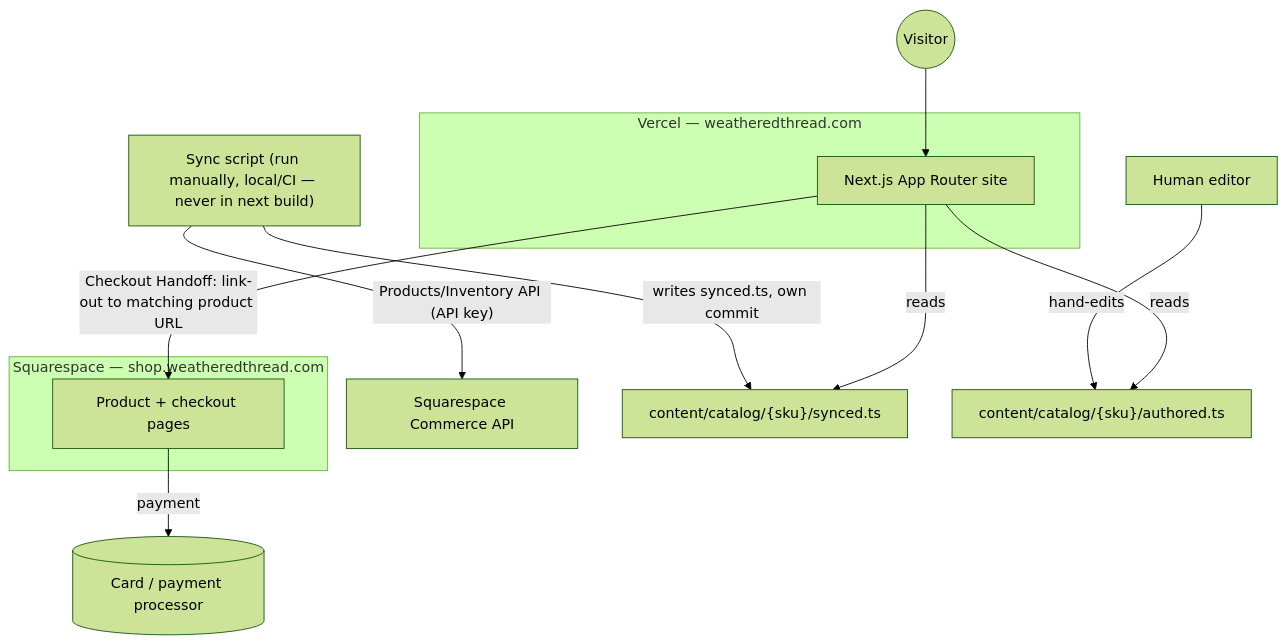
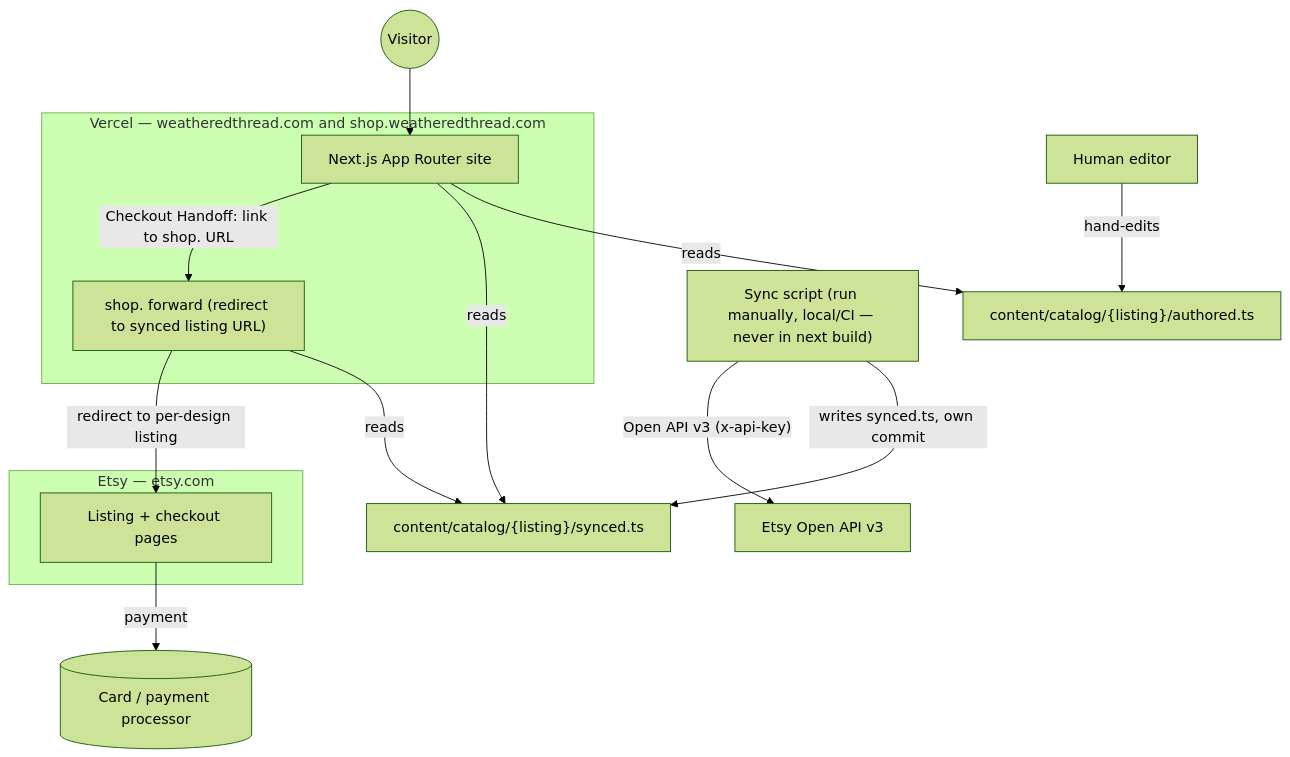
Before and after one commit to aramell/weathered-thread: the second of 2 diagrams in _bmad-output/planning-artifacts/architecture/architecture-weathered-thread-2026-09-14/ARCHITECTURE-SPINE.md, drawn with Mermaid (forest theme). The commit also changed other lines of this file and 12 other files, not shown here.

First line of the commit message:
Pivot commerce docs from Squarespace to Etsy

````diff
--- a/_bmad-output/planning-artifacts/architecture/architecture-weathered-thread-2026-09-14/ARCHITECTURE-SPINE.md
+++ b/_bmad-output/planning-artifacts/architecture/architecture-weathered-thread-2026-09-14/ARCHITECTURE-SPINE.md
@@ -109,18 +109,21 @@
 ```mermaid
 flowchart TB
-  subgraph Vercel["Vercel — weatheredthread.com"]
+  subgraph Vercel["Vercel — weatheredthread.com and shop.weatheredthread.com"]
     App[Next.js App Router site]
+    Forward["shop. forward (redirect to synced listing URL)"]
   end
-  subgraph SS["Squarespace — shop.weatheredthread.com"]
-    Store[Product + checkout pages]
+  subgraph Etsy["Etsy — etsy.com"]
+    Store[Listing + checkout pages]
   end
   Visitor((Visitor)) --> App
-  App -- "Checkout Handoff: link-out to matching product URL" --> Store
+  App -- "Checkout Handoff: link to shop. URL" --> Forward
+  Forward -- "redirect to per-design listing" --> Store
   Store -- payment --> Payment[(Card / payment processor)]
 
-  SyncScript["Sync script (run manually, local/CI — never in next build)"] -- "Products/Inventory API (API key)" --> SquarespaceAPI[Squarespace Commerce API]
-  SyncScript -- "writes synced.ts, own commit" --> Content["content/catalog/{sku}/synced.ts"]
-  Human[Human editor] -- "hand-edits" --> Authored["content/catalog/{sku}/authored.ts"]
+  SyncScript["Sync script (run manually, local/CI — never in next build)"] -- "Open API v3 (x-api-key)" --> EtsyAPI[Etsy Open API v3]
+  SyncScript -- "writes synced.ts, own commit" --> Content["content/catalog/{listing}/synced.ts"]
+  Human[Human editor] -- "hand-edits" --> Authored["content/catalog/{listing}/authored.ts"]
   App -- reads --> Content
   App -- reads --> Authored
+  Forward -- reads --> Content
 ```
````
